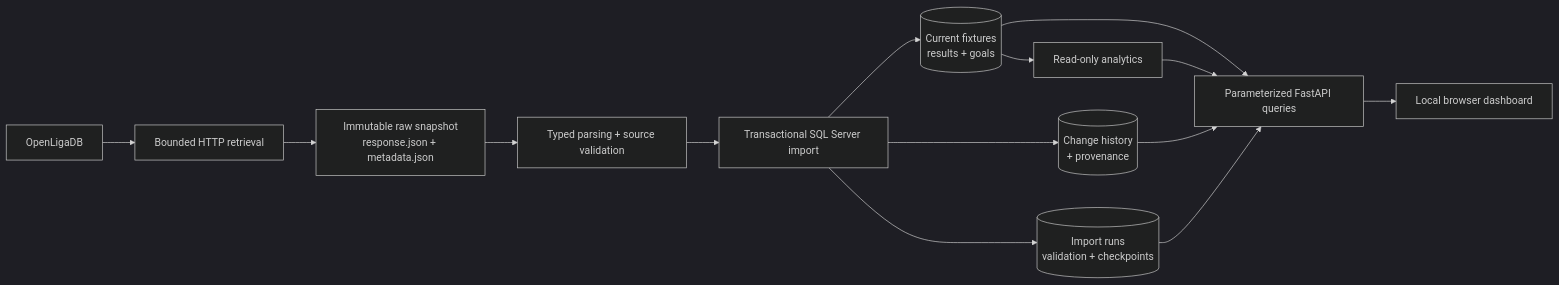
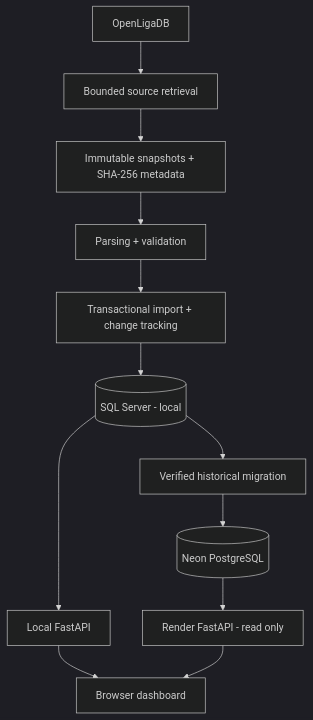
One commit to emam26/sports-fixtures-change-tracker changed the diagram in README.md. Above: the diagram before and after it, drawn with Mermaid (dark theme). The commit also changed other lines of this file, not shown here.

````diff
--- a/README.md
+++ b/README.md
@@ -121,16 +69,14 @@
 ```mermaid
-flowchart LR
-    O[OpenLigaDB] --> R[Bounded HTTP retrieval]
-    R --> S[Immutable raw snapshot\nresponse.json + metadata.json]
-    S --> V[Typed parsing + source validation]
-    V --> I[Transactional SQL Server import]
-    I --> C[(Current fixtures\nresults + goals)]
-    I --> H[(Change history\n+ provenance)]
-    I --> P[(Import runs\nvalidation + checkpoints)]
-    C --> Q[Parameterized FastAPI queries]
-    H --> Q
-    P --> Q
-    C --> A[Read-only analytics]
-    A --> Q
-    Q --> D[Local browser dashboard]
+flowchart TD
+    A[OpenLigaDB] --> B[Bounded source retrieval]
+    B --> C[Immutable snapshots + SHA-256 metadata]
+    C --> D[Parsing + validation]
+    D --> E[Transactional import + change tracking]
+    E --> F[(SQL Server - local)]
+    F --> G[Verified historical migration]
+    G --> H[(Neon PostgreSQL)]
+    F --> I[Local FastAPI]
+    H --> J[Render FastAPI - read only]
+    I --> K[Browser dashboard]
+    J --> K
 ```
````
